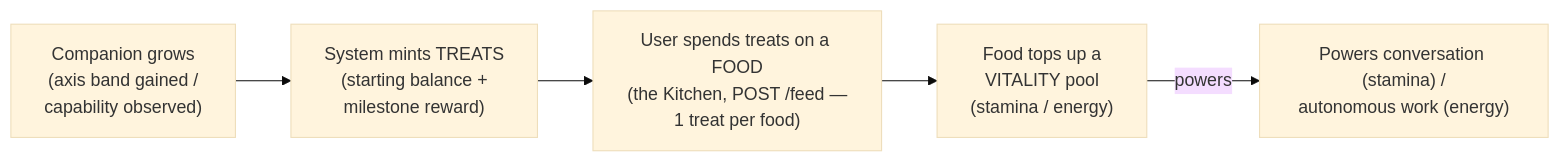
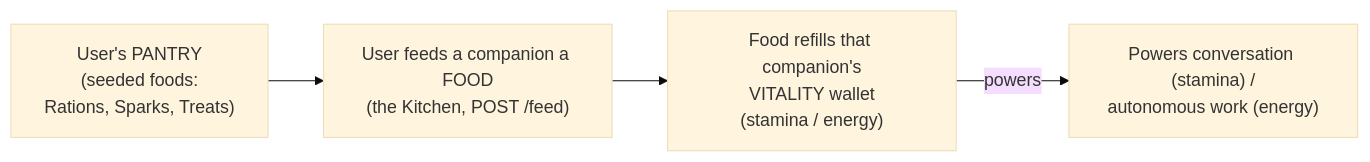
One commit to CobbleStamp/CobbleCompanion changed the diagram in docs/companion-economy.md. Above: the diagram before and after it, drawn with Mermaid (base theme). The commit also changed other lines of this file and 87 other files, not shown here.

````diff
--- a/docs/companion-economy.md
+++ b/docs/companion-economy.md
@@ -39,9 +39,8 @@
 ```mermaid
 flowchart LR
-    G["Companion grows<br/>(axis band gained /<br/>capability observed)"]
-    M["System mints TREATS<br/>(starting balance +<br/>milestone reward)"]
-    F["User spends treats on a FOOD<br/>(the Kitchen, POST /feed —<br/>1 treat per food)"]
-    V["Food tops up a<br/>VITALITY pool<br/>(stamina / energy)"]
+    S["User's PANTRY<br/>(seeded foods:<br/>Rations, Sparks, Treats)"]
+    F["User feeds a companion a FOOD<br/>(the Kitchen, POST /feed)"]
+    V["Food refills that companion's<br/>VITALITY wallet<br/>(stamina / energy)"]
     P["Powers conversation (stamina) /<br/>autonomous work (energy)"]
-    G --> M --> F --> V -->|powers| P
+    S --> F --> V -->|powers| P
 ```
````
